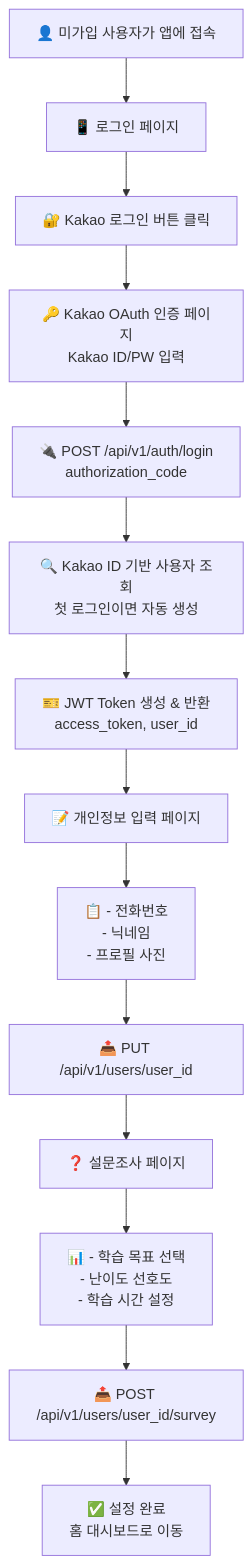
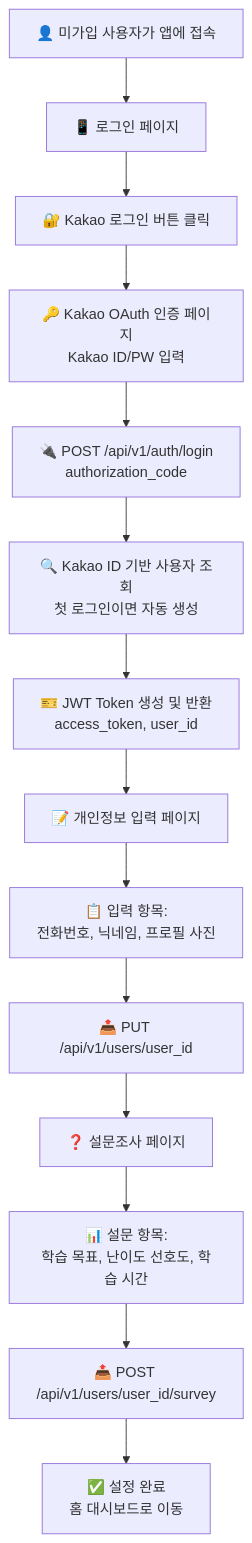
Before and after one commit to hamonia777/Real-time-sign-language-translation-service-Backend: the second of 15 diagrams in doc/USER_FLOW.md, drawn with Mermaid. The commit also changed other lines of this file, not shown here.

Commit message:
FIX : mermaid 코드 에러 수정

````diff
--- a/doc/USER_FLOW.md
+++ b/doc/USER_FLOW.md
@@ -32,16 +34,16 @@
 ```mermaid
 graph TD
     A["👤 미가입 사용자가 앱에 접속"] --> B["📱 로그인 페이지"]
     B --> C["🔐 Kakao 로그인 버튼 클릭"]
     C --> D["🔑 Kakao OAuth 인증 페이지<br/>Kakao ID/PW 입력"]
     D --> E["🔌 POST /api/v1/auth/login<br/>authorization_code"]
     E --> F["🔍 Kakao ID 기반 사용자 조회<br/>첫 로그인이면 자동 생성"]
-    F --> G["🎫 JWT Token 생성 & 반환<br/>access_token, user_id"]
+    F --> G["🎫 JWT Token 생성 및 반환<br/>access_token, user_id"]
     G --> H["📝 개인정보 입력 페이지"]
-    H --> I["📋 - 전화번호<br/>- 닉네임<br/>- 프로필 사진"]
+    H --> I["📋 입력 항목:<br/>전화번호, 닉네임, 프로필 사진"]
     I --> J["📤 PUT /api/v1/users/user_id"]
     J --> K["❓ 설문조사 페이지"]
-    K --> L["📊 - 학습 목표 선택<br/>- 난이도 선호도<br/>- 학습 시간 설정"]
+    K --> L["📊 설문 항목:<br/>학습 목표, 난이도 선호도, 학습 시간"]
     L --> M["📤 POST /api/v1/users/user_id/survey"]
     M --> N["✅ 설정 완료<br/>홈 대시보드로 이동"]
 ```
````
